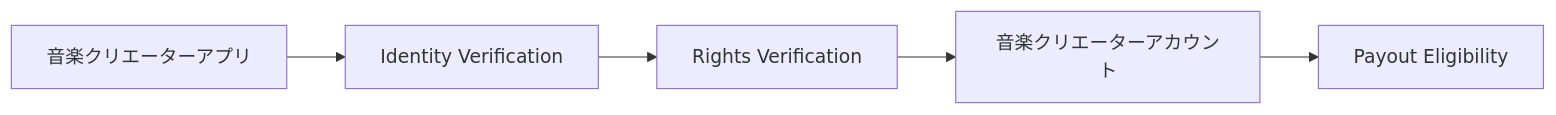
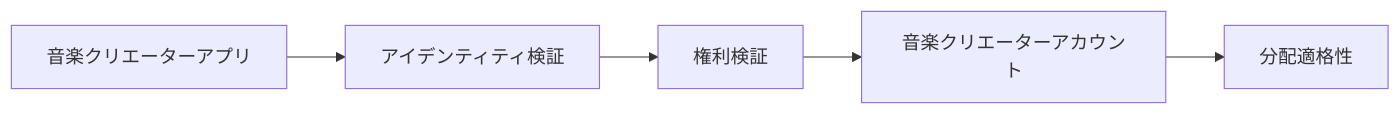
The fifth of 48 diagrams in docs/whitepaper/10-security.md (ShigeichiroYamasaki/creator-first-platform), drawn with Mermaid before and after one commit. The commit also changed other lines of this file and 72 other files, not shown here.

````diff
--- a/docs/whitepaper/10-security.md
+++ b/docs/whitepaper/10-security.md
@@ -200,10 +200,10 @@
 ```mermaid
 flowchart LR
     APPLY[音楽クリエーターアプリ]
-    ID[Identity Verification]
-    RIGHTS[Rights Verification]
+    ID[アイデンティティ検証]
+    RIGHTS[権利検証]
     ACCOUNT[音楽クリエーターアカウント]
-    PAYOUT[Payout Eligibility]
+    PAYOUT[分配適格性]
 
     APPLY --> ID --> RIGHTS --> ACCOUNT --> PAYOUT
 ```
````
